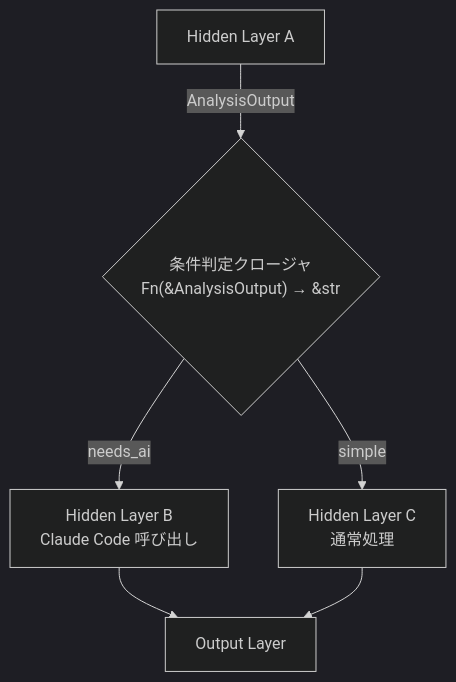
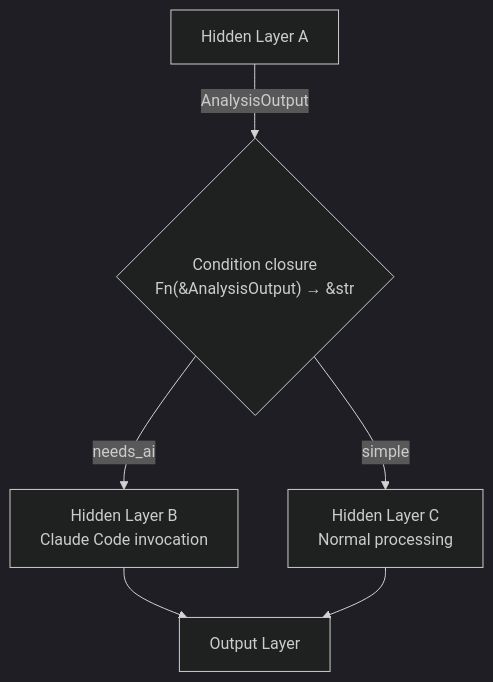
One commit to smartcrabai/smartcrab changed the second of 3 diagrams in docs/content/design/data-flow.md. Above: the diagram before and after it, drawn with Mermaid (dark theme). The commit also changed other lines of this file and 19 other files, not shown here.

````diff
--- a/docs/content/design/data-flow.md
+++ b/docs/content/design/data-flow.md
@@ -68,8 +68,8 @@
 ```mermaid
 flowchart TD
-    A[Hidden Layer A] -->|"AnalysisOutput"| Cond{"条件判定クロージャ<br/>Fn(&AnalysisOutput) → &str"}
-    Cond -->|"needs_ai"| B[Hidden Layer B<br/>Claude Code 呼び出し]
-    Cond -->|"simple"| C[Hidden Layer C<br/>通常処理]
+    A[Hidden Layer A] -->|"AnalysisOutput"| Cond{"Condition closure<br/>Fn(&AnalysisOutput) → &str"}
+    Cond -->|"needs_ai"| B[Hidden Layer B<br/>Claude Code invocation]
+    Cond -->|"simple"| C[Hidden Layer C<br/>Normal processing]
     B --> D[Output Layer]
     C --> D
 ```
````
